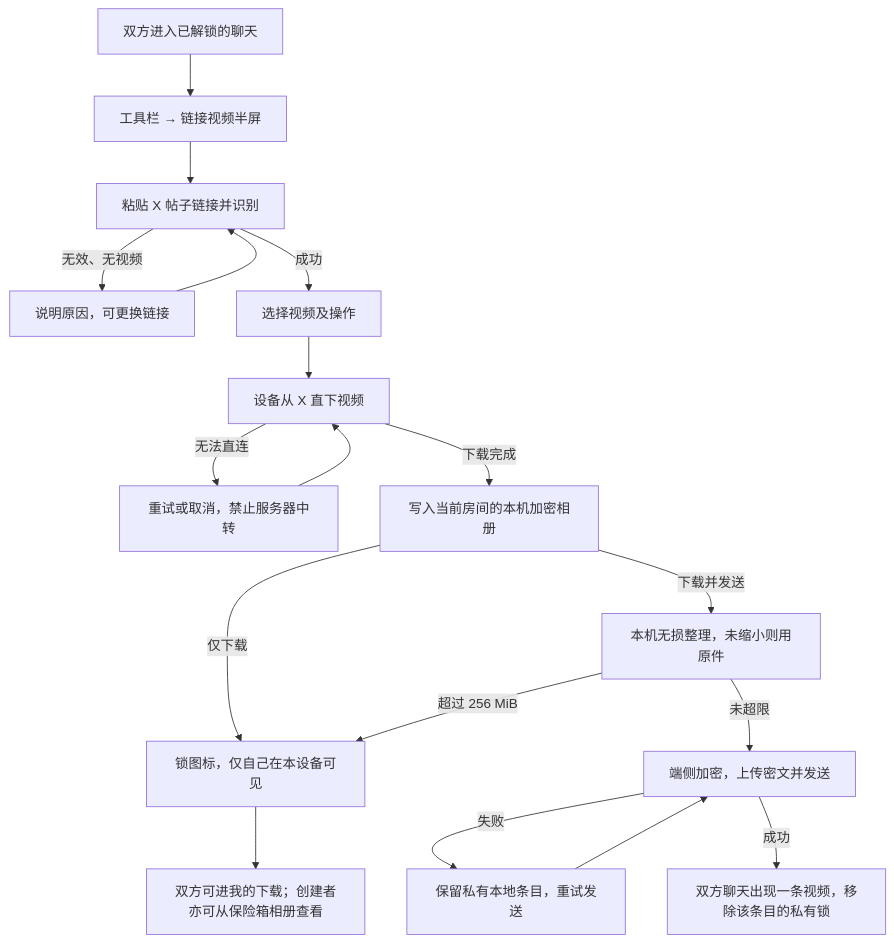
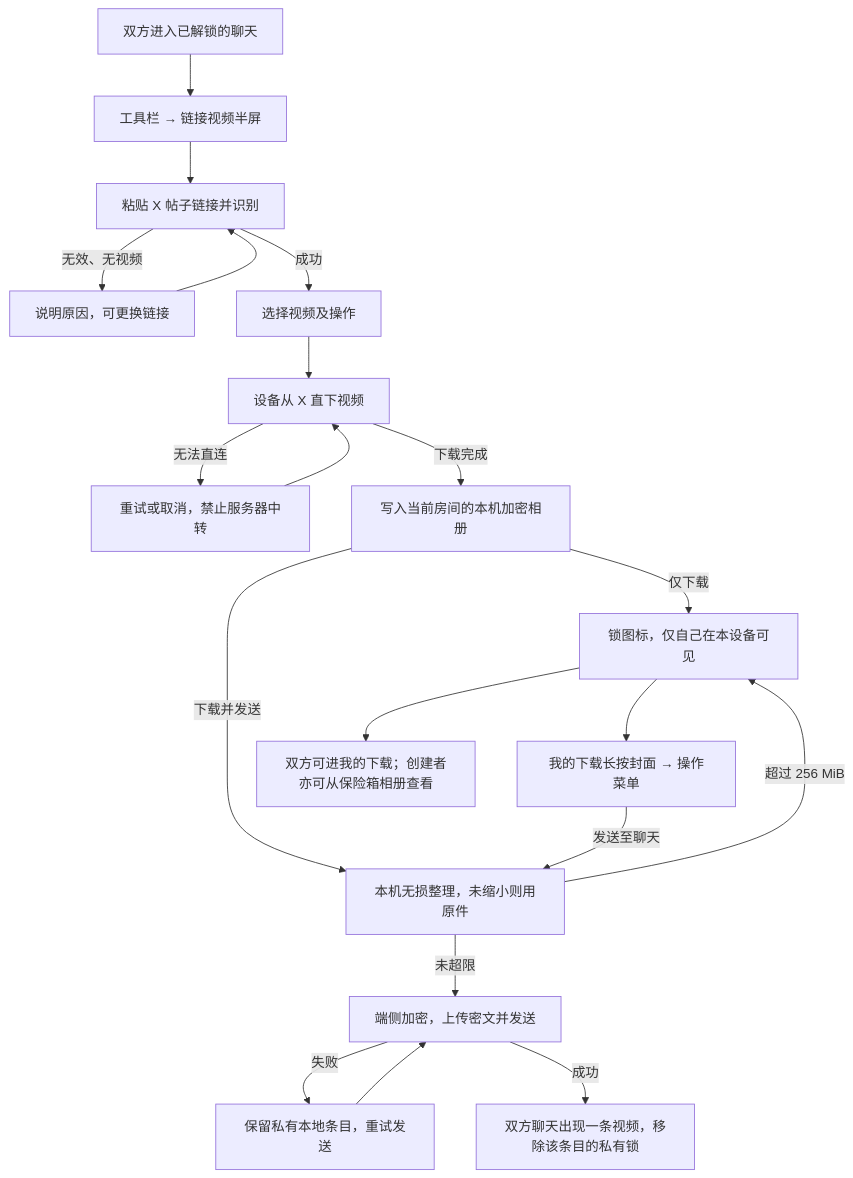
One commit to zdaiwmm/shui-IM changed the diagram in docs/requirements/2026-11-04-x-video-local-album/flow.md. Above: the diagram before and after it, drawn with Mermaid. The commit also changed 31 other files, not shown here.

````diff
--- a/docs/requirements/2026-11-04-x-video-local-album/flow.md
+++ b/docs/requirements/2026-11-04-x-video-local-album/flow.md
@@ -2,20 +2,22 @@
 ```mermaid
 flowchart TD
   entry["双方进入已解锁的聊天"] --> tool["工具栏 → 链接视频半屏"]
   tool --> resolve["粘贴 X 帖子链接并识别"]
   resolve -->|"无效、无视频"| correct["说明原因，可更换链接"]
   correct --> resolve
   resolve -->|"成功"| selectClip["选择视频及操作"]
   selectClip --> direct["设备从 X 直下视频"]
   direct -->|"无法直连"| retry["重试或取消，禁止服务器中转"]
   retry --> direct
   direct -->|"下载完成"| local["写入当前房间的本机加密相册"]
   local -->|"仅下载"| privateAlbum["锁图标，仅自己在本设备可见"]
   local -->|"下载并发送"| pack["本机无损整理，未缩小则用原件"]
   pack -->|"超过 256 MiB"| privateAlbum
   pack -->|"未超限"| send["端侧加密，上传密文并发送"]
   send -->|"失败"| retrySend["保留私有本地条目，重试发送"]
   retrySend --> send
   send -->|"成功"| shared["双方聊天出现一条视频，移除该条目的私有锁"]
+  privateAlbum --> hold["我的下载长按封面 → 操作菜单"]
+  hold -->|"发送至聊天"| pack
   privateAlbum --> view["双方可进我的下载；创建者亦可从保险箱相册查看"]
 ```
````
